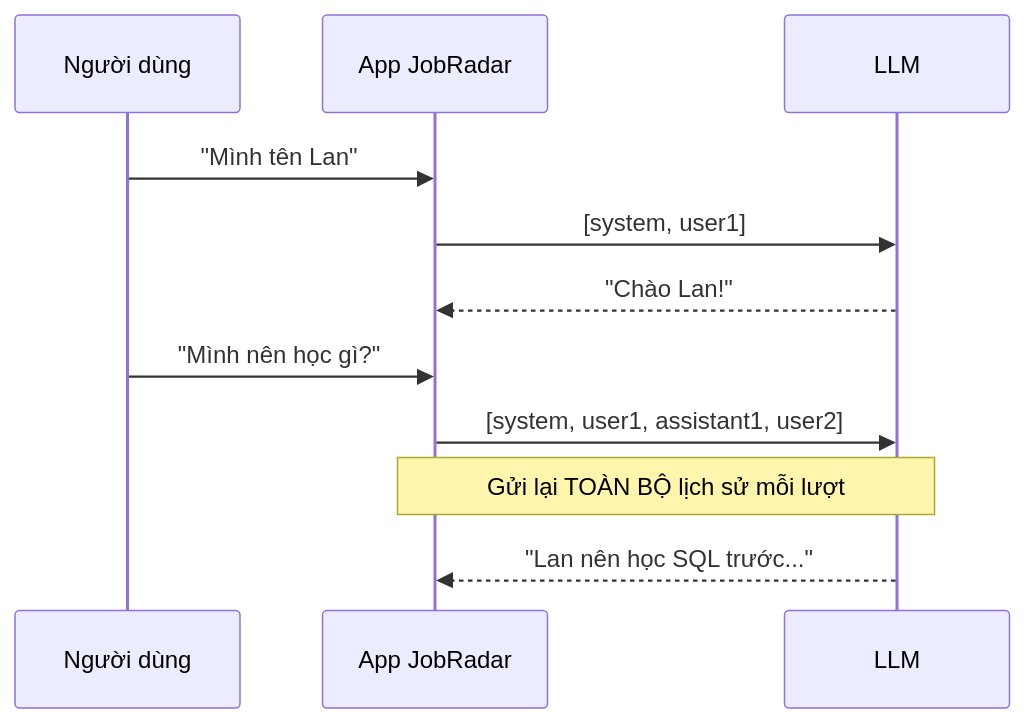
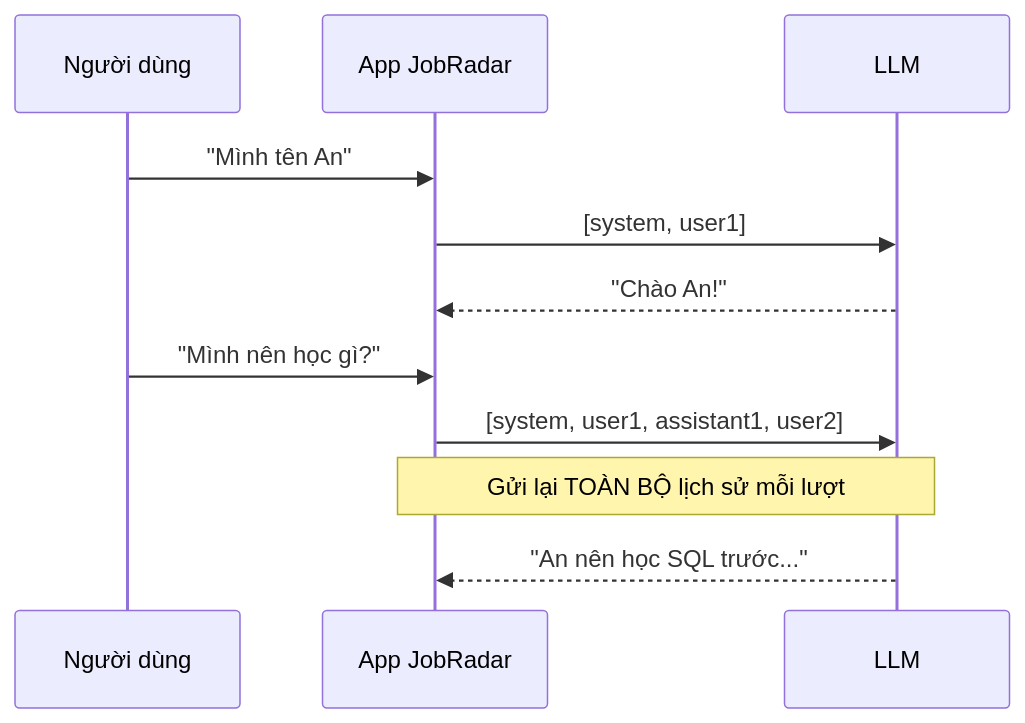
Before and after one commit to ht-nah98/ai-academy: the first of 4 diagrams in academy/curriculum/L05-hoi-thoai-context-window/lesson.md, drawn with Mermaid. The commit also changed other lines of this file and 27 other files, not shown here.

Commit message:
feat: problem briefs with workflow diagrams (Bối cảnh tab), remove role-play; cache-busted assets

````diff
--- a/academy/curriculum/L05-hoi-thoai-context-window/lesson.md
+++ b/academy/curriculum/L05-hoi-thoai-context-window/lesson.md
@@ -55,13 +55,13 @@
 ```mermaid
 sequenceDiagram
     participant U as Người dùng
     participant A as App JobRadar
     participant L as LLM
-    U->>A: "Mình tên Lan"
+    U->>A: "Mình tên An"
     A->>L: [system, user1]
-    L-->>A: "Chào Lan!"
+    L-->>A: "Chào An!"
     U->>A: "Mình nên học gì?"
     A->>L: [system, user1, assistant1, user2]
     Note over A,L: Gửi lại TOÀN BỘ lịch sử mỗi lượt
-    L-->>A: "Lan nên học SQL trước..."
+    L-->>A: "An nên học SQL trước..."
 ```
````
